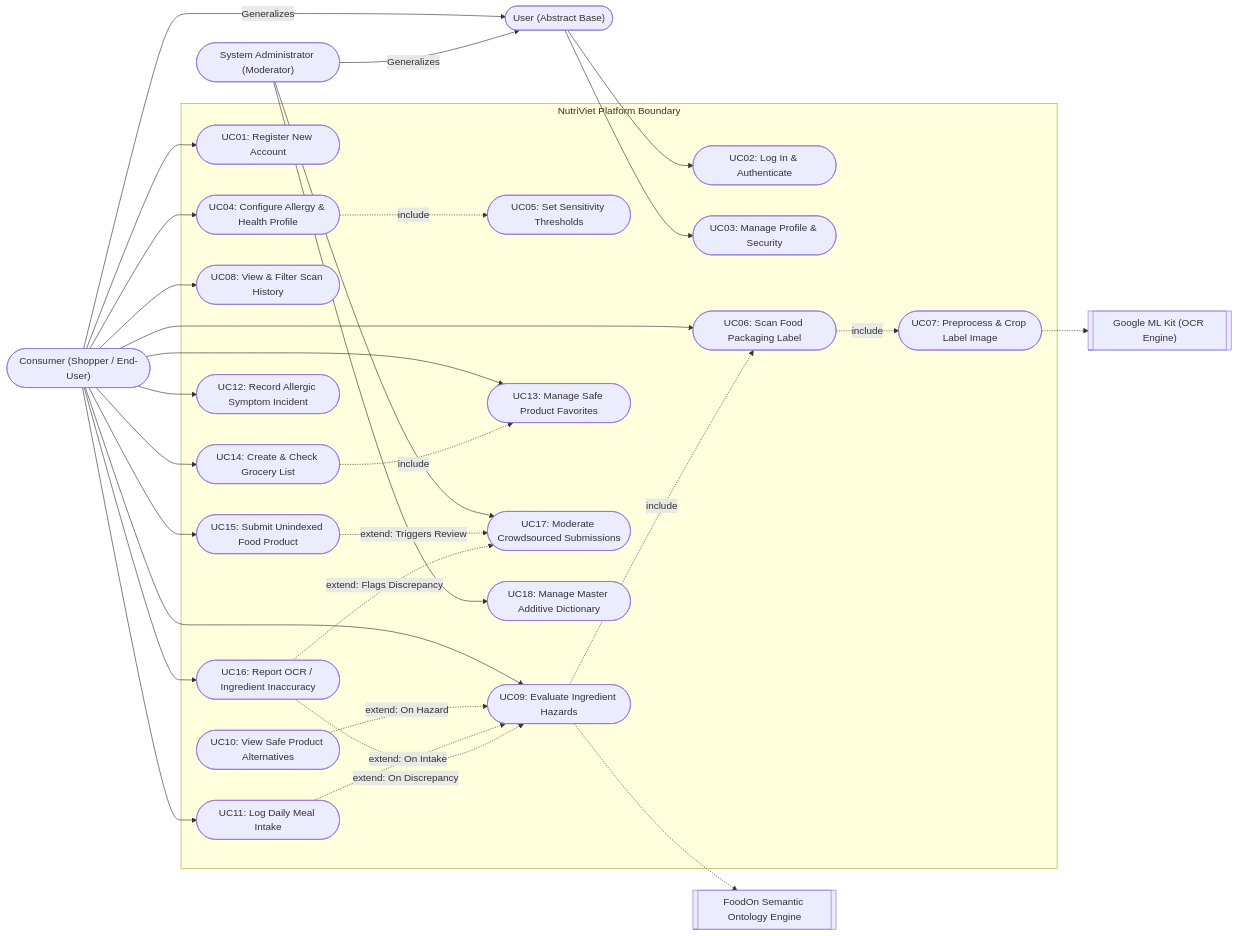
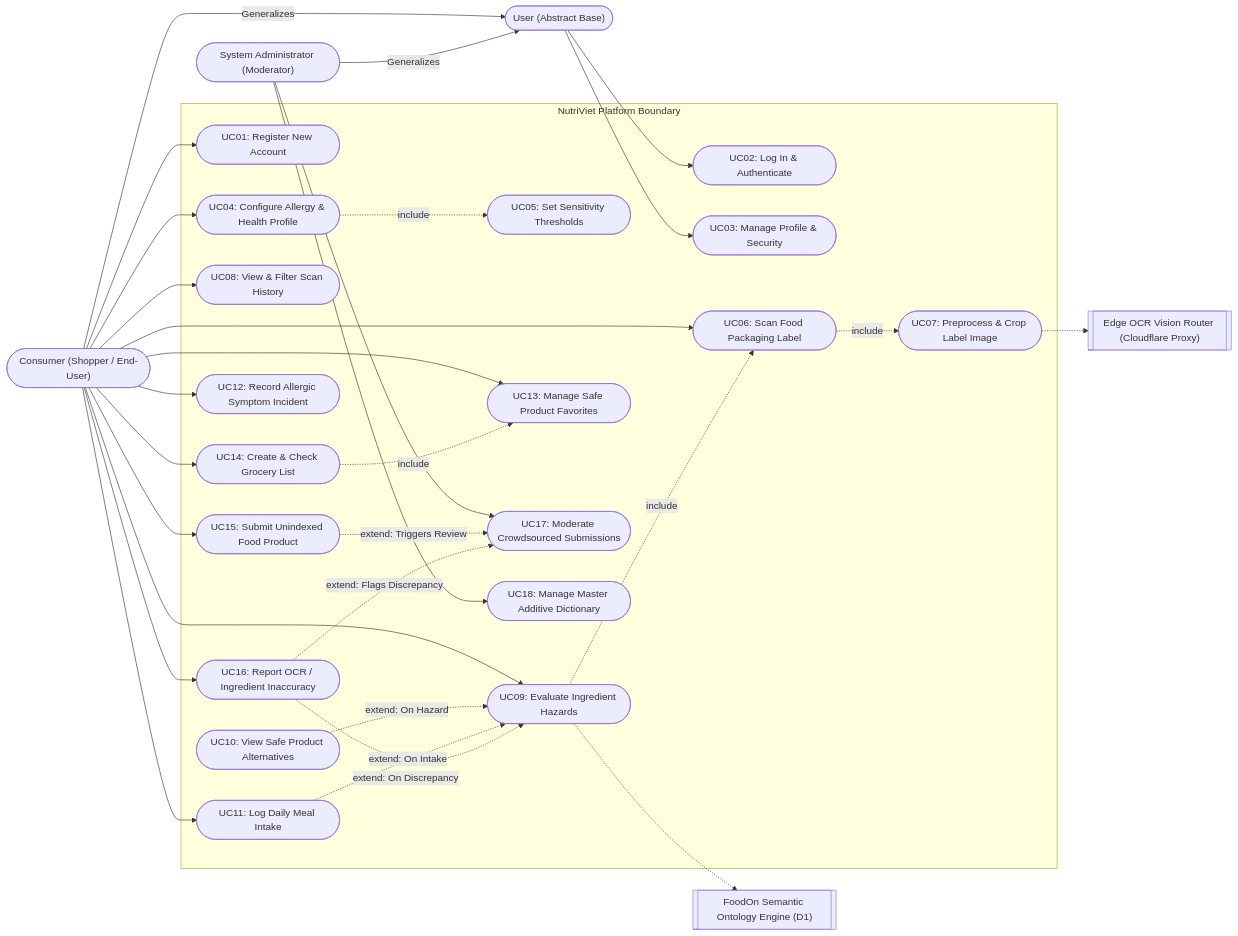
Before and after one commit to cornne/NutriViet_CNPM: the first of 5 diagrams in docs/requirements/use-cases.md, drawn with Mermaid. The commit also changed other lines of this file and 195 other files, not shown here.

Commit message:
docs(pa4): finalize PA4-2026 architecture, specs, weekly reports, and submission package

````diff
--- a/docs/requirements/use-cases.md
+++ b/docs/requirements/use-cases.md
@@ -59,75 +59,75 @@
 ```mermaid
 flowchart LR
     User(["User (Abstract Base)"])
     Consumer(["Consumer (Shopper / End-User)"])
     Admin(["System Administrator (Moderator)"])
-    MLKit[["Google ML Kit (OCR Engine)"]]
-    FoodOn[["FoodOn Semantic Ontology Engine"]]
+    MLKit[["Edge OCR Vision Router (Cloudflare Proxy)"]]
+    FoodOn[["FoodOn Semantic Ontology Engine (D1)"]]
 
     %% Actor Generalization
     Consumer -->|Generalizes| User
     Admin -->|Generalizes| User
 
     subgraph NutriViet ["NutriViet Platform Boundary"]
         %% FG1 & FG2: Identity & Allergy Profile
         UC01(["UC01: Register New Account"])
         UC02(["UC02: Log In & Authenticate"])
         UC03(["UC03: Manage Profile & Security"])
         UC04(["UC04: Configure Allergy & Health Profile"])
         UC05(["UC05: Set Sensitivity Thresholds"])
 
         %% FG3 & FG4: OCR Scanner & Hazard Evaluation
         UC06(["UC06: Scan Food Packaging Label"])
         UC07(["UC07: Preprocess & Crop Label Image"])
         UC08(["UC08: View & Filter Scan History"])
         UC09(["UC09: Evaluate Ingredient Hazards"])
         UC10(["UC10: View Safe Product Alternatives"])
 
         %% FG5 & FG6: Dietary Journal & Smart Grocery
         UC11(["UC11: Log Daily Meal Intake"])
         UC12(["UC12: Record Allergic Symptom Incident"])
         UC13(["UC13: Manage Safe Product Favorites"])
         UC14(["UC14: Create & Check Grocery List"])
 
         %% FG7 & FG8: Crowdsourcing & Moderation
         UC15(["UC15: Submit Unindexed Food Product"])
         UC16(["UC16: Report OCR / Ingredient Inaccuracy"])
         UC17(["UC17: Moderate Crowdsourced Submissions"])
         UC18(["UC18: Manage Master Additive Dictionary"])
     end
 
     %% Actor to Use Case Associations
     User --> UC02
     User --> UC03
     Consumer --> UC01
     Consumer --> UC04
     Consumer --> UC06
     Consumer --> UC08
     Consumer --> UC09
     Consumer --> UC11
     Consumer --> UC12
     Consumer --> UC13
     Consumer --> UC14
     Consumer --> UC15
     Consumer --> UC16
 
     Admin --> UC17
     Admin --> UC18
 
     %% Secondary Actors
     UC07 -.-> MLKit
     UC09 -.-> FoodOn
 
     %% Include Relationships
     UC04 -.->|include| UC05
     UC06 -.->|include| UC07
     UC09 -.->|include| UC06
     UC14 -.->|include| UC13
 
     %% Extend Relationships
     UC10 -.->|extend: On Hazard| UC09
     UC11 -.->|extend: On Intake| UC09
     UC16 -.->|extend: On Discrepancy| UC09
     UC15 -.->|extend: Triggers Review| UC17
     UC16 -.->|extend: Flags Discrepancy| UC17
 ```
````
